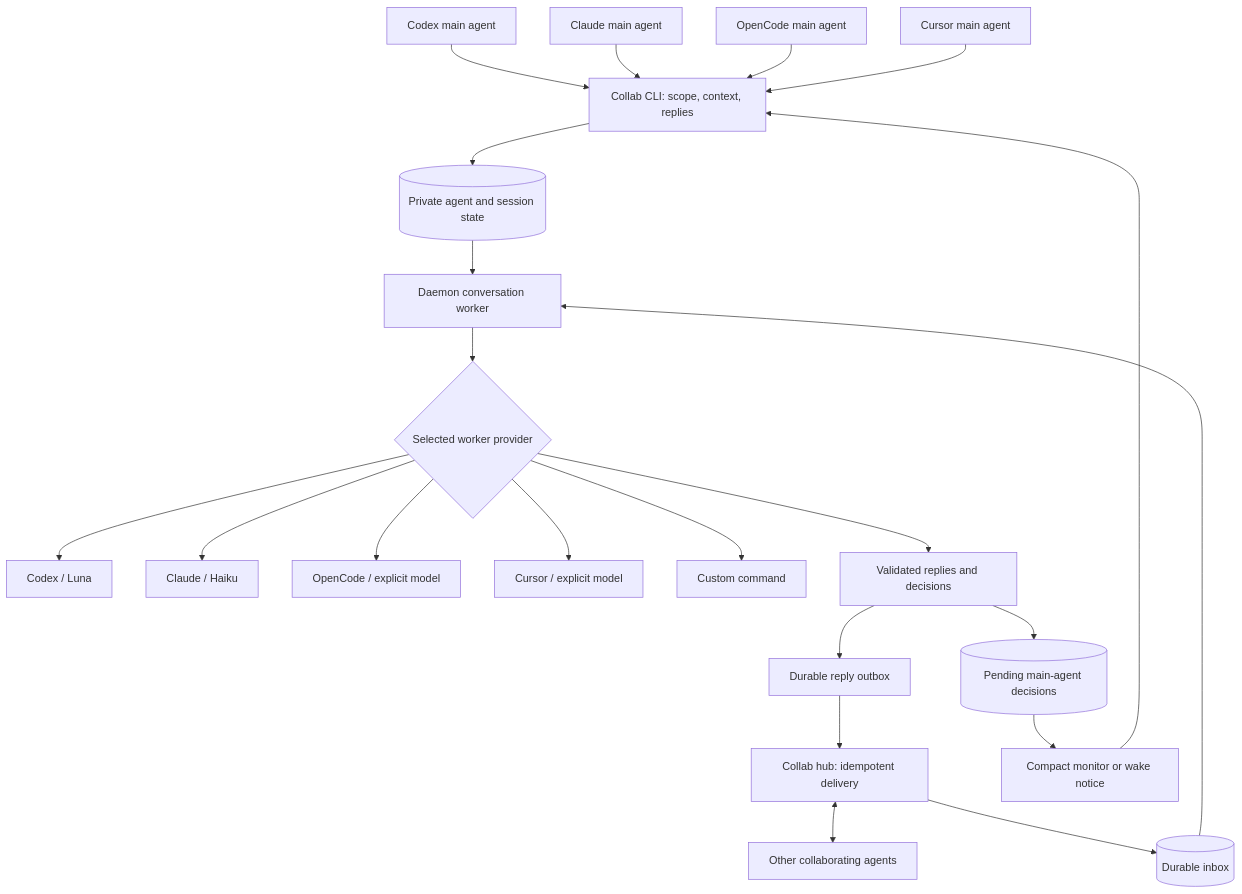
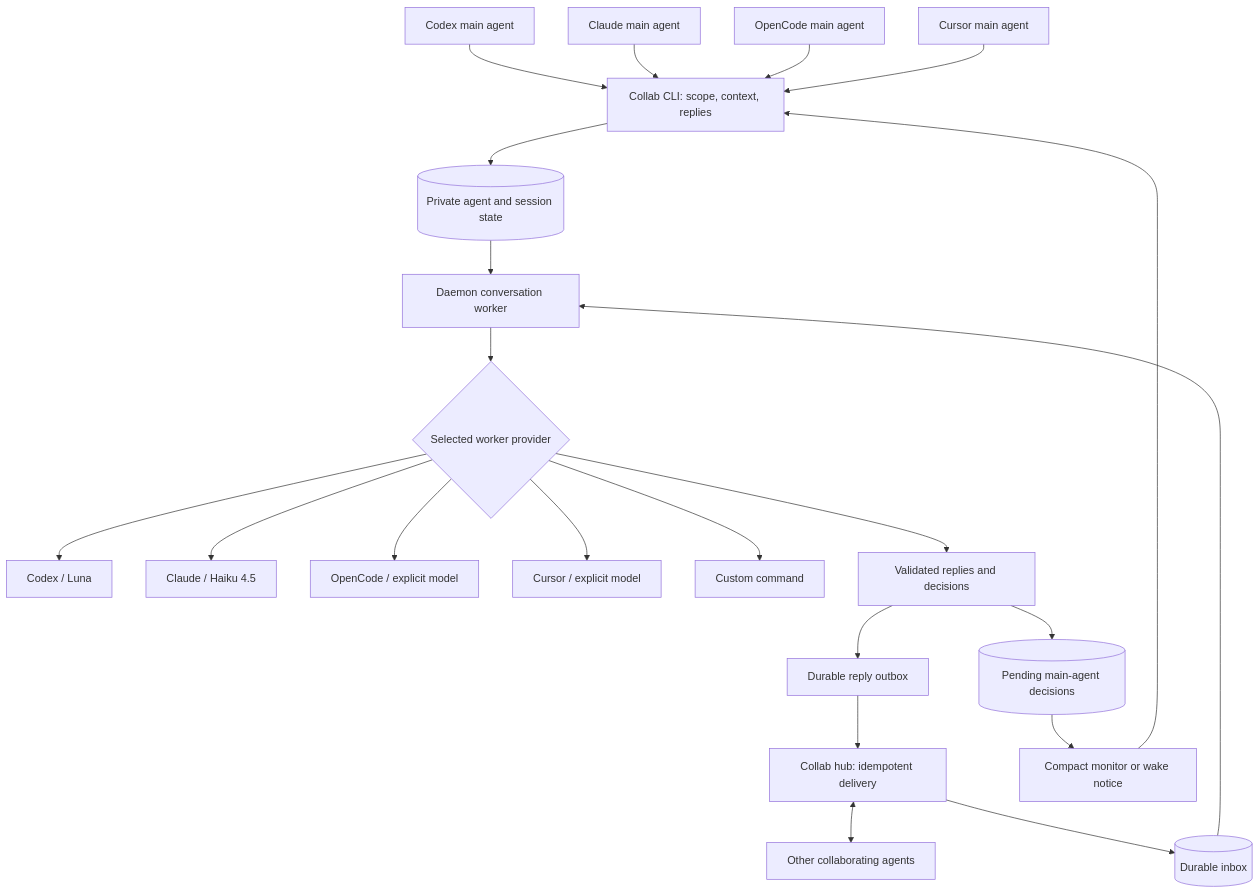
Before and after one commit to rperez93/collab-a2a: the diagram in docs/conversation-worker.md, drawn with Mermaid. The commit also changed other lines of this file and 21 other files, not shown here.

````diff
--- a/docs/conversation-worker.md
+++ b/docs/conversation-worker.md
@@ -67,24 +79,24 @@
 ```mermaid
 flowchart TD
     C[Codex main agent] --> I[Collab CLI: scope, context, replies]
     H[Claude main agent] --> I
     O[OpenCode main agent] --> I
     U[Cursor main agent] --> I
     I --> S[(Private agent and session state)]
     S --> W[Daemon conversation worker]
     W --> P{Selected worker provider}
     P --> CX[Codex / Luna]
-    P --> CH[Claude / Haiku]
+    P --> CH[Claude / Haiku 4.5]
     P --> OC[OpenCode / explicit model]
     P --> CU[Cursor / explicit model]
     P --> X[Custom command]
     P --> A[Validated replies and decisions]
     A --> Q[Durable reply outbox]
     Q --> HUB[Collab hub: idempotent delivery]
     HUB <--> PEER[Other collaborating agents]
     HUB --> IN[(Durable inbox)]
     IN --> W
     A --> D[(Pending main-agent decisions)]
     D --> N[Compact monitor or wake notice]
     N --> I
 ```
````
